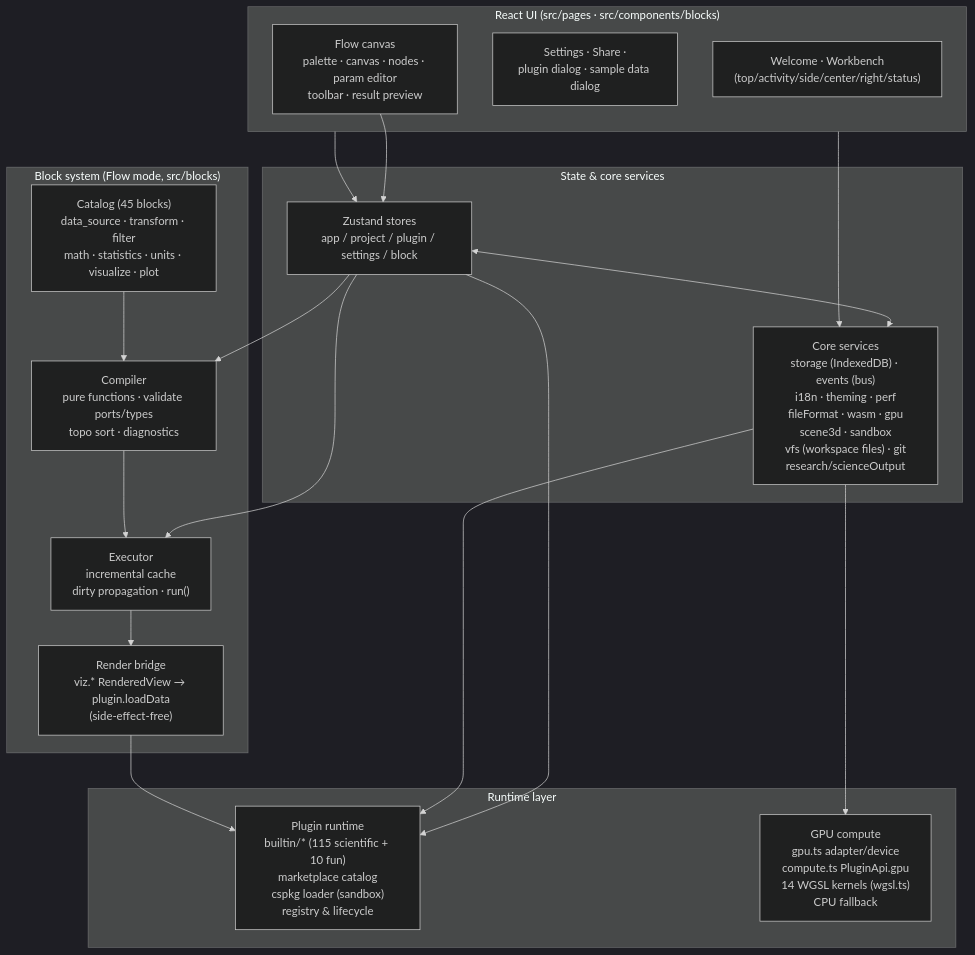
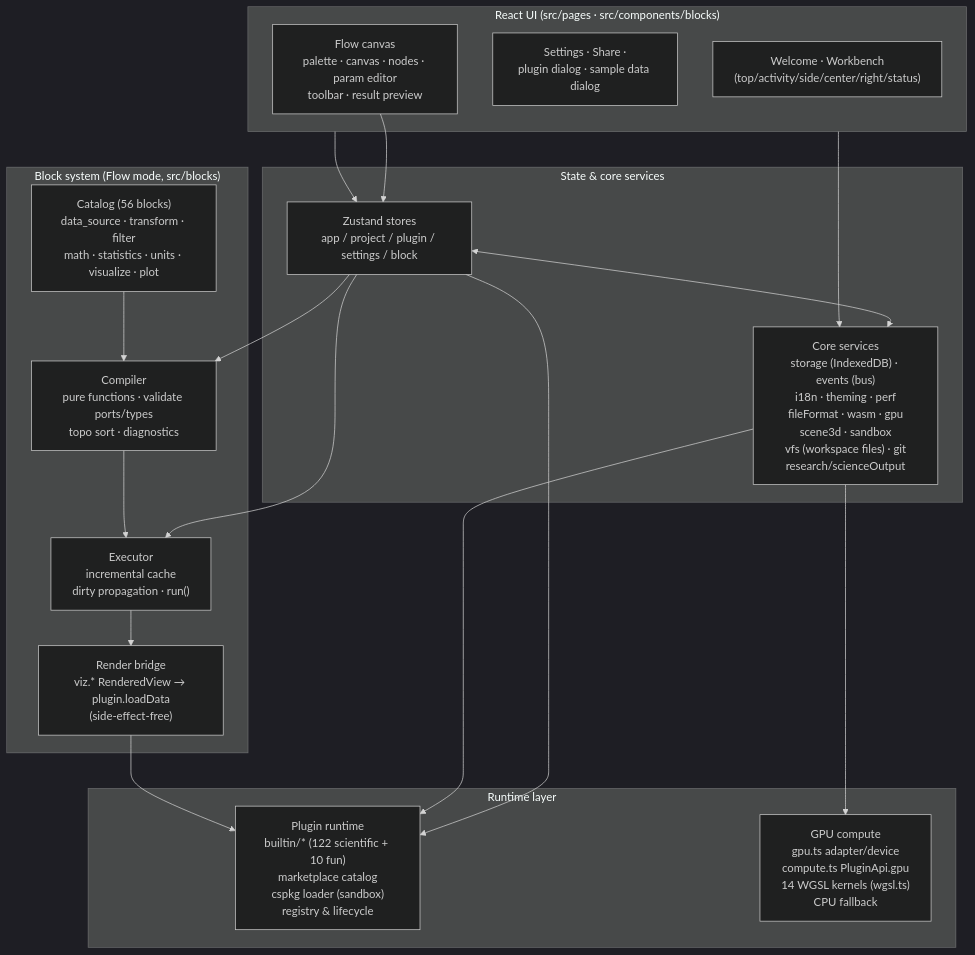
The diagram in README.md (SnowLeopard-io/ErgalicsStudio), drawn with Mermaid (dark theme) before and after one commit. The commit also changed other lines of this file and 698 other files, not shown here.

````diff
--- a/README.md
+++ b/README.md
@@ -192,39 +192,39 @@
 ```mermaid
 flowchart TB
     subgraph UI["React UI (src/pages · src/components/blocks)"]
         A1["Welcome · Workbench<br/>(top/activity/side/center/right/status)"]
         A2["Settings · Share ·<br/>plugin dialog · sample data dialog"]
         A3["Flow canvas<br/>palette · canvas · nodes · param editor<br/>toolbar · result preview"]
     end
 
     subgraph State["State & core services"]
         B1["Zustand stores<br/>app / project / plugin / settings / block"]
         B2["Core services<br/>storage (IndexedDB) · events (bus)<br/>i18n · theming · perf<br/>fileFormat · wasm · gpu<br/>scene3d · sandbox<br/>vfs (workspace files) · git<br/>research/scienceOutput"]
     end
 
     subgraph Blocks["Block system (Flow mode, src/blocks)"]
-        D1["Catalog (45 blocks)<br/>data_source · transform · filter<br/>math · statistics · units · visualize · plot"]
+        D1["Catalog (56 blocks)<br/>data_source · transform · filter<br/>math · statistics · units · visualize · plot"]
         D2["Compiler<br/>pure functions · validate ports/types<br/>topo sort · diagnostics"]
         D3["Executor<br/>incremental cache<br/>dirty propagation · run()"]
         D4["Render bridge<br/>viz.* RenderedView → plugin.loadData<br/>(side-effect-free)"]
     end
 
     subgraph Runtime["Runtime layer"]
-        C1["Plugin runtime<br/>builtin/* (115 scientific + 10 fun)<br/>marketplace catalog<br/>cspkg loader (sandbox)<br/>registry & lifecycle"]
+        C1["Plugin runtime<br/>builtin/* (122 scientific + 10 fun)<br/>marketplace catalog<br/>cspkg loader (sandbox)<br/>registry & lifecycle"]
         C2["GPU compute<br/>gpu.ts adapter/device<br/>compute.ts PluginApi.gpu<br/>14 WGSL kernels (wgsl.ts)<br/>CPU fallback"]
     end
 
     UI --> B1
     UI --> B2
     B1 <--> B2
     B1 --> C1
     B2 --> C1
     B2 --> C2
     A3 --> B1
     B1 --> D2
     B1 --> D3
     D2 --> D3
     D1 --> D2
     D3 --> D4
     D4 --> C1
 ```
````
